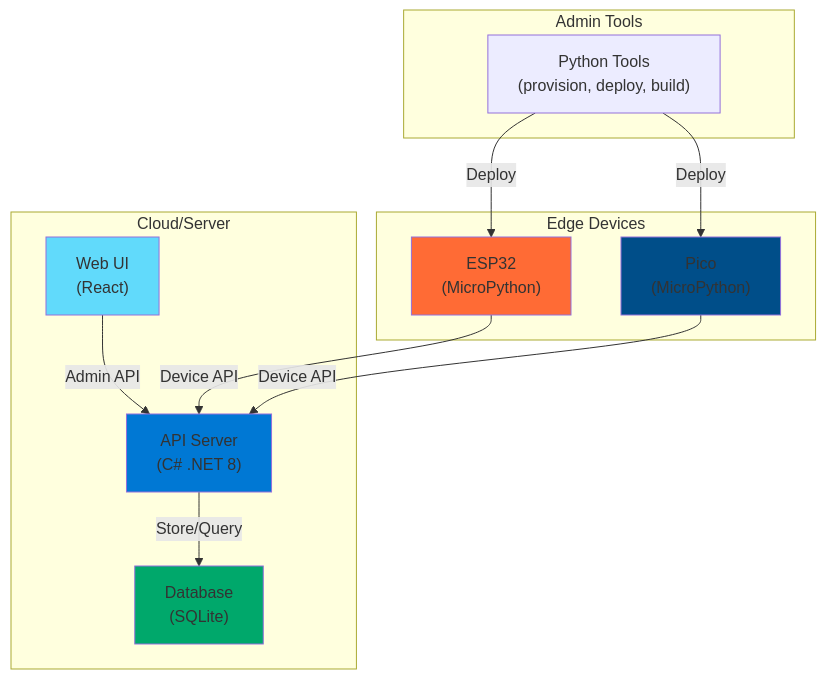
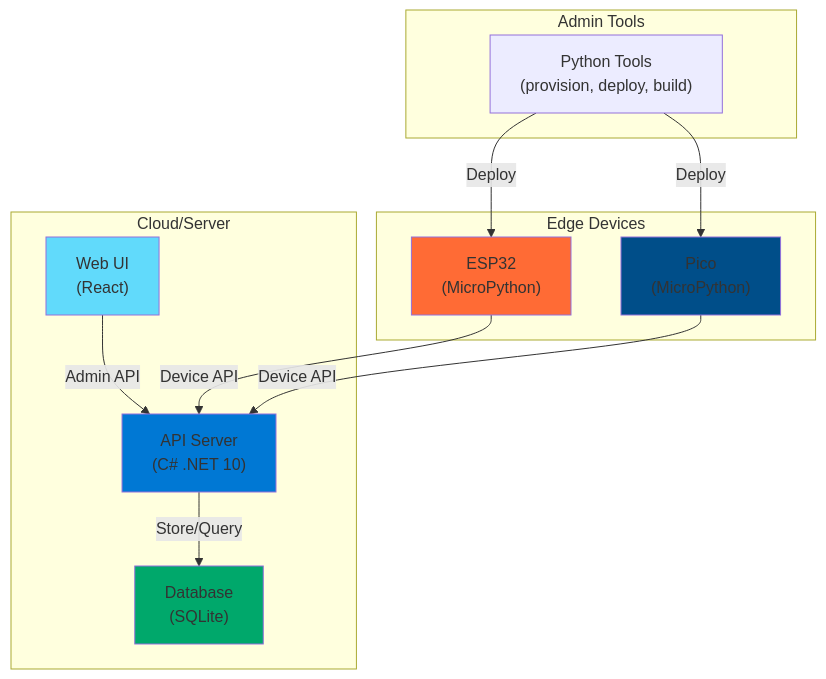
Before and after one commit to Adipa-G/HomeIOT: the diagram in README.md, drawn with Mermaid. The commit also changed other lines of this file and 17 other files, not shown here.

````diff
--- a/README.md
+++ b/README.md
@@ -69,30 +69,30 @@
 ```mermaid
 graph TB
     subgraph "Cloud/Server"
-        API["API Server<br/>(C# .NET 8)"]
+        API["API Server<br/>(C# .NET 10)"]
         DB["Database<br/>(SQLite)"]
         WEB["Web UI<br/>(React)"]
     end
     
     subgraph "Edge Devices"
         ESP32["ESP32<br/>(MicroPython)"]
         PICO["Pico<br/>(MicroPython)"]
     end
     
     subgraph "Admin Tools"
         TOOLS["Python Tools<br/>(provision, deploy, build)"]
     end
     
     WEB -->|Admin API| API
     API -->|Store/Query| DB
     ESP32 -->|Device API| API
     PICO -->|Device API| API
     TOOLS -->|Deploy| ESP32
     TOOLS -->|Deploy| PICO
     
     style API fill:#0078d4
     style WEB fill:#61dafb
     style DB fill:#00a86b
     style ESP32 fill:#ff6b35
     style PICO fill:#004e89
 ```
````
